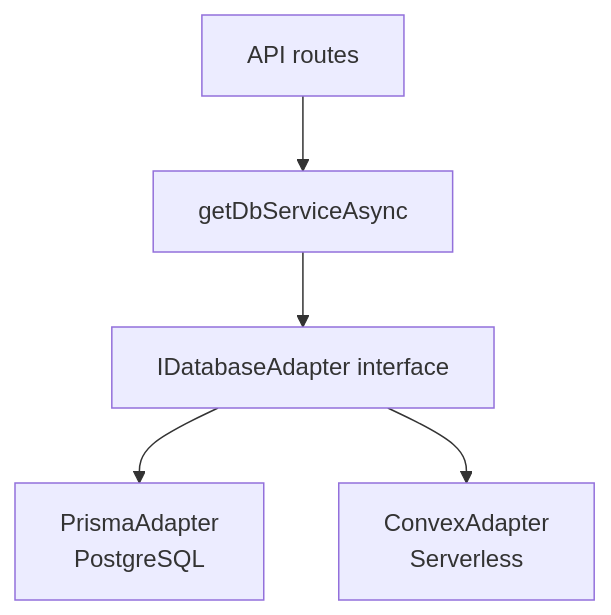
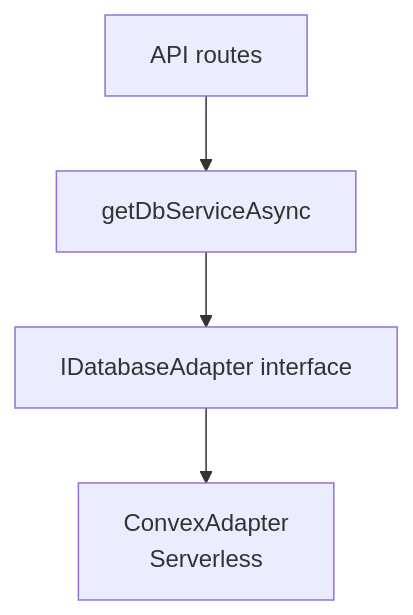
One commit to Smart-Fall/Software changed the diagram in content/docs/database/index.mdx. Above: the diagram before and after it, drawn with Mermaid. The commit also changed other lines of this file and 9 other files, not shown here.

First line of the commit message:
Finish removing Prisma and PostgreSQL from the docs

````diff
--- a/content/docs/database/index.mdx
+++ b/content/docs/database/index.mdx
@@ -59,7 +48,6 @@
 ```mermaid
 flowchart TD
   A[API routes] --> B[getDbServiceAsync]
   B --> C[IDatabaseAdapter interface]
-  C --> D[PrismaAdapter\nPostgreSQL]
   C --> E[ConvexAdapter\nServerless]
 ```
````
